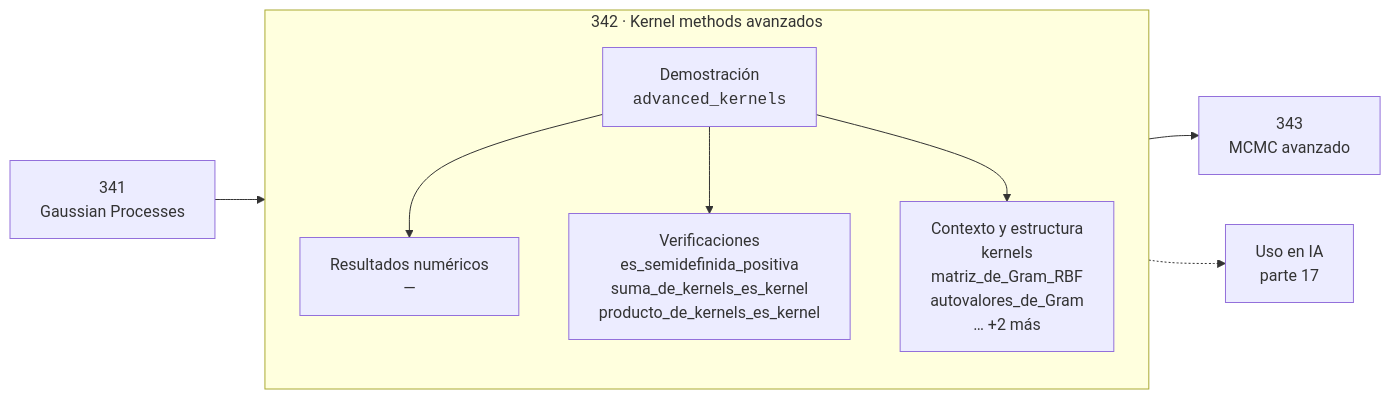
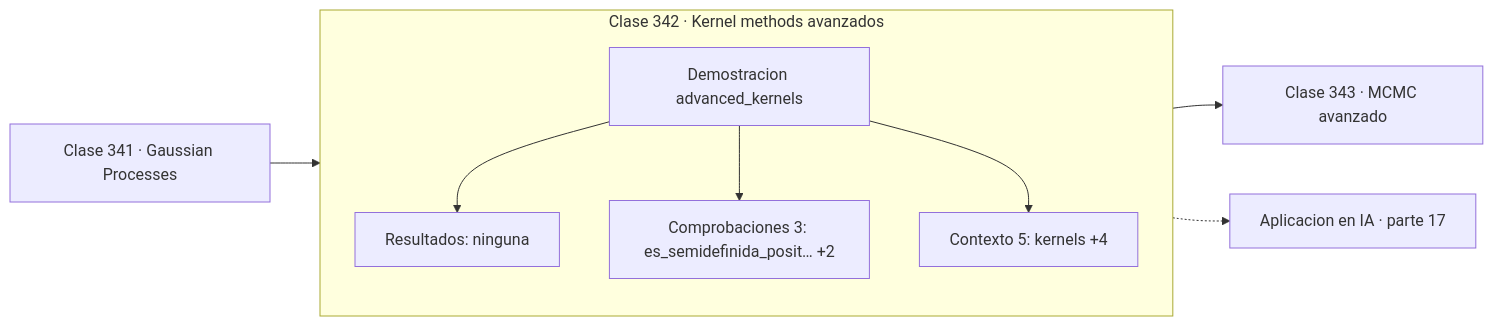
The diagram in classes/part-17-frontera-matematica-para-ia-e-investigacion/342-kernel-methods-avanzados/README.md (vladimiracunadev-create/computational-mathematics-program), drawn with Mermaid before and after one commit. The commit also changed 389 other files, not shown here.

First line of the commit message:
fix(diagramas): elimina el HTML de las etiquetas Mermaid

````diff
--- a/classes/part-17-frontera-matematica-para-ia-e-investigacion/342-kernel-methods-avanzados/README.md
+++ b/classes/part-17-frontera-matematica-para-ia-e-investigacion/342-kernel-methods-avanzados/README.md
@@ -30,12 +30,13 @@
 ```mermaid
 flowchart LR
-    P["341<br/>Gaussian Processes"] --> C
-    subgraph C["342 · Kernel methods avanzados"]
+    P["Clase 341 · Gaussian Processes"] --> D
+    subgraph CLASE["Clase 342 · Kernel methods avanzados"]
         direction TB
-        D["Demostración<br/><code>advanced_kernels</code>"] --> R["Resultados numéricos<br/>—"]
-        D --> V["Verificaciones<br/>es_semidefinida_positiva<br/>suma_de_kernels_es_kernel<br/>producto_de_kernels_es_kernel"]
-        D --> O["Contexto y estructura<br/>kernels<br/>matriz_de_Gram_RBF<br/>autovalores_de_Gram<br/>… +2 más"]
+        D["Demostracion advanced_kernels"]
+        D --> R["Resultados: ninguna"]
+        D --> V["Comprobaciones 3: es_semidefinida_posit… +2"]
+        D --> O["Contexto 5: kernels +4"]
     end
-    C --> N["343<br/>MCMC avanzado"]
-    C -.-> IA["Uso en IA<br/>parte 17"]
+    R --> N["Clase 343 · MCMC avanzado"]
+    V -.-> IA["Aplicacion en IA · parte 17"]
 ```
````
